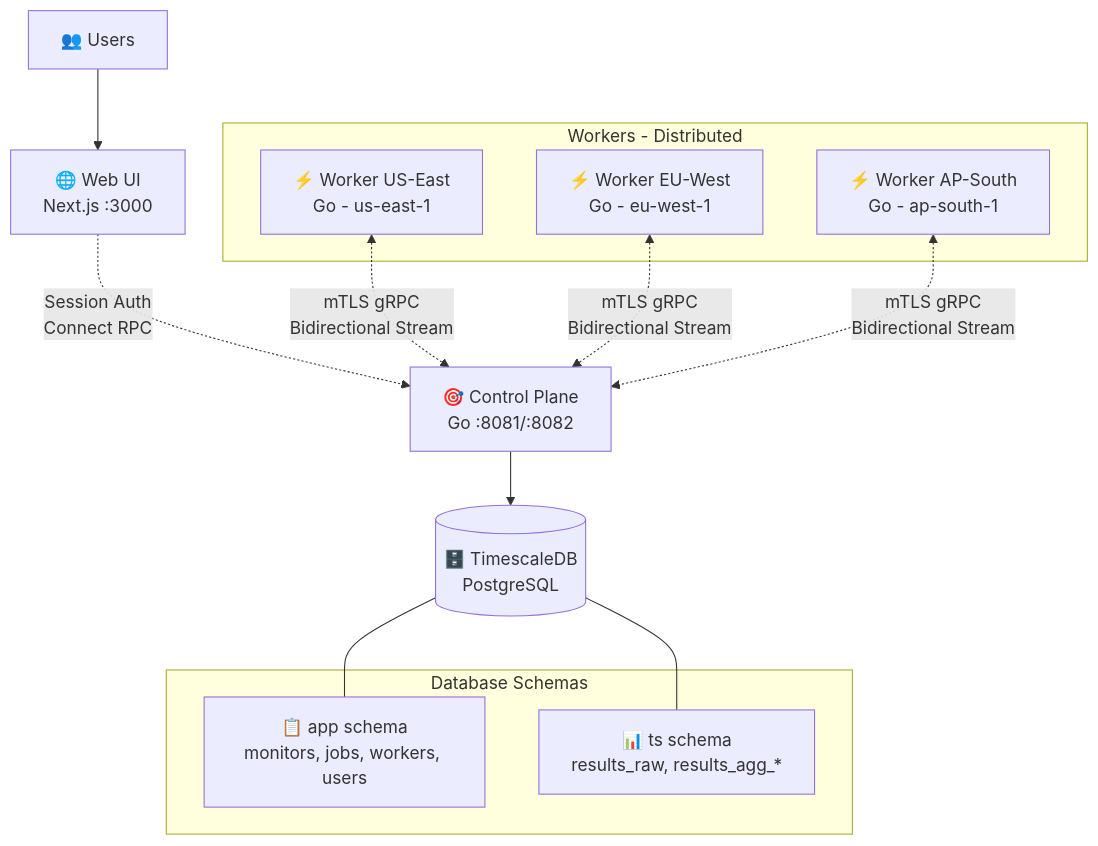
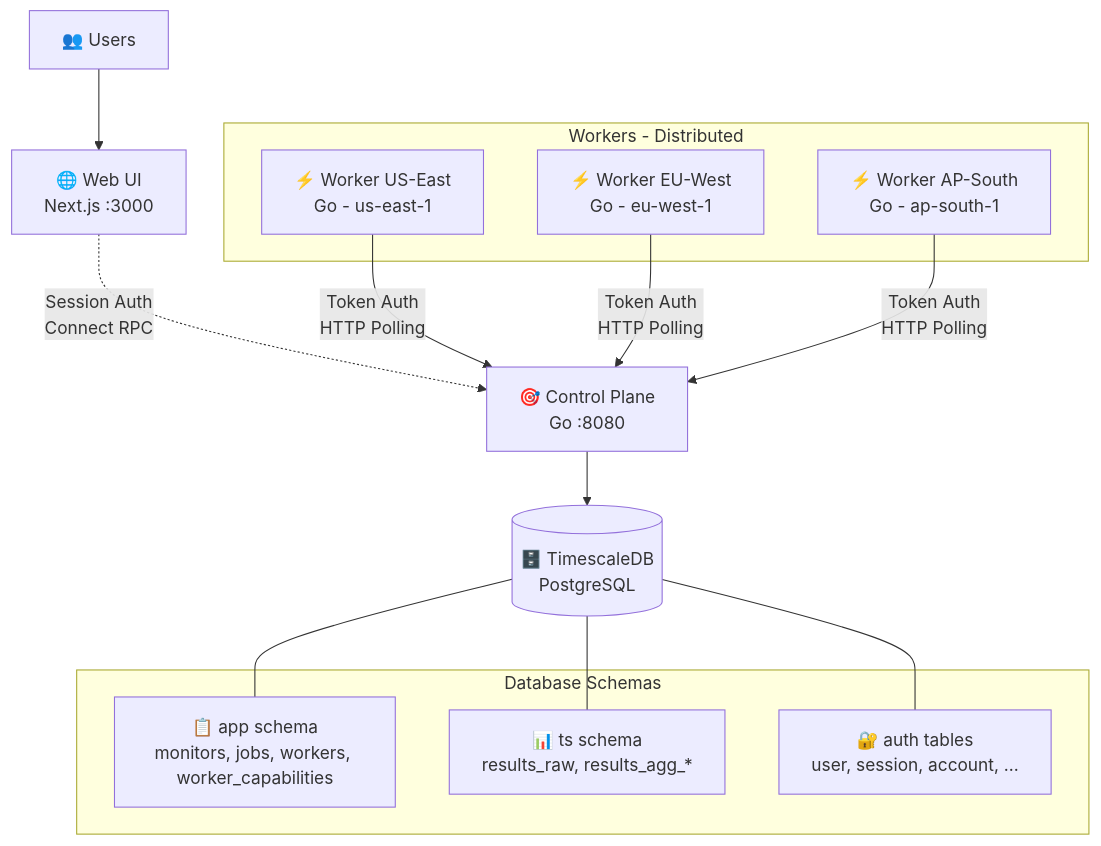
The diagram in README.md (crisog/openseer), drawn with Mermaid before and after one commit. The commit also changed other lines of this file and 50 other files, not shown here.

Commit message:
feat!: replace mTLS streams with token-auth HTTP polling (#1)

````diff
--- a/README.md
+++ b/README.md
@@ -7,28 +7,30 @@
 ```mermaid
 graph TB
     Users[👥 Users]
     WebUI[🌐 Web UI<br/>Next.js :3000]
-    ControlPlane[🎯 Control Plane<br/>Go :8081/:8082]
+    ControlPlane[🎯 Control Plane<br/>Go :8080]
     Database[(🗄️ TimescaleDB<br/>PostgreSQL)]
 
     subgraph "Workers - Distributed"
         WorkerUS[⚡ Worker US-East<br/>Go - us-east-1]
         WorkerEU[⚡ Worker EU-West<br/>Go - eu-west-1]
         WorkerAP[⚡ Worker AP-South<br/>Go - ap-south-1]
     end
 
     Users --> WebUI
     WebUI -.->|Session Auth<br/>Connect RPC| ControlPlane
-    WorkerUS <-.->|mTLS gRPC<br/>Bidirectional Stream| ControlPlane
-    WorkerEU <-.->|mTLS gRPC<br/>Bidirectional Stream| ControlPlane
-    WorkerAP <-.->|mTLS gRPC<br/>Bidirectional Stream| ControlPlane
+    WorkerUS -->|Token Auth<br/>HTTP Polling| ControlPlane
+    WorkerEU -->|Token Auth<br/>HTTP Polling| ControlPlane
+    WorkerAP -->|Token Auth<br/>HTTP Polling| ControlPlane
     ControlPlane --> Database
 
     subgraph "Database Schemas"
-        AppSchema[📋 app schema<br/>monitors, jobs, workers, users]
+        AppSchema[📋 app schema<br/>monitors, jobs, workers, worker_capabilities]
         TSSchema[📊 ts schema<br/>results_raw, results_agg_*]
+        AuthSchema[🔐 auth tables<br/>user, session, account, ...]
     end
 
     Database --- AppSchema
     Database --- TSSchema
+    Database --- AuthSchema
 ```
````
